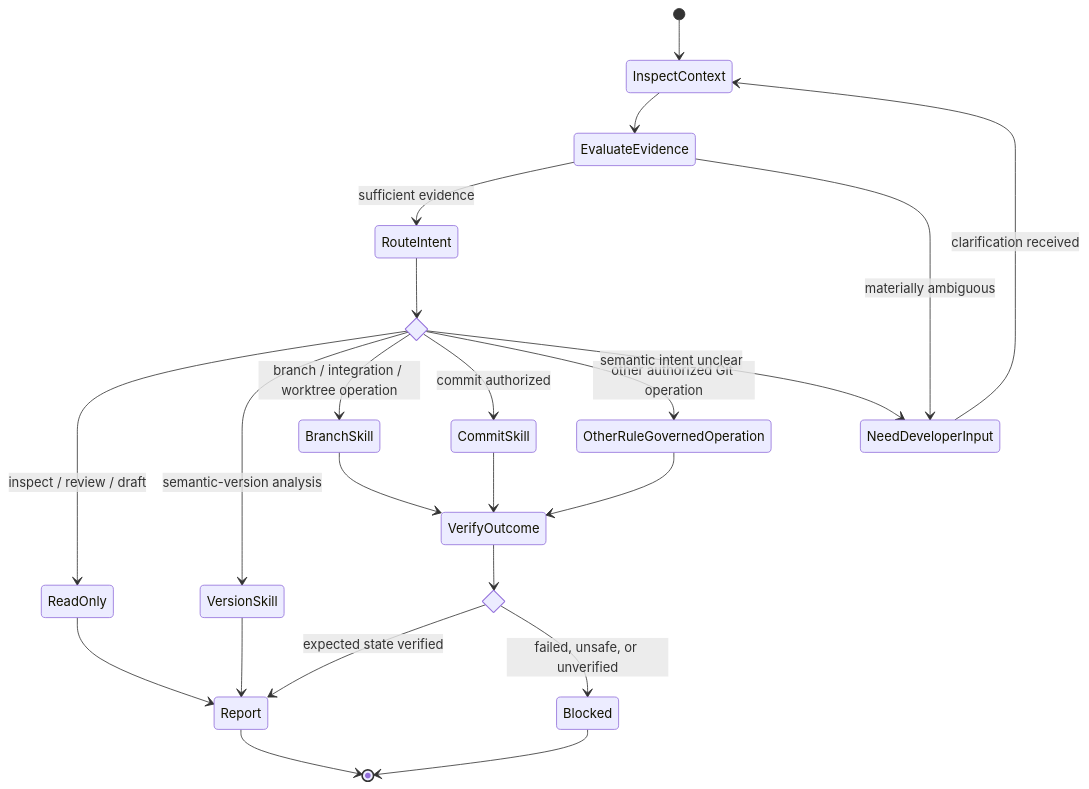
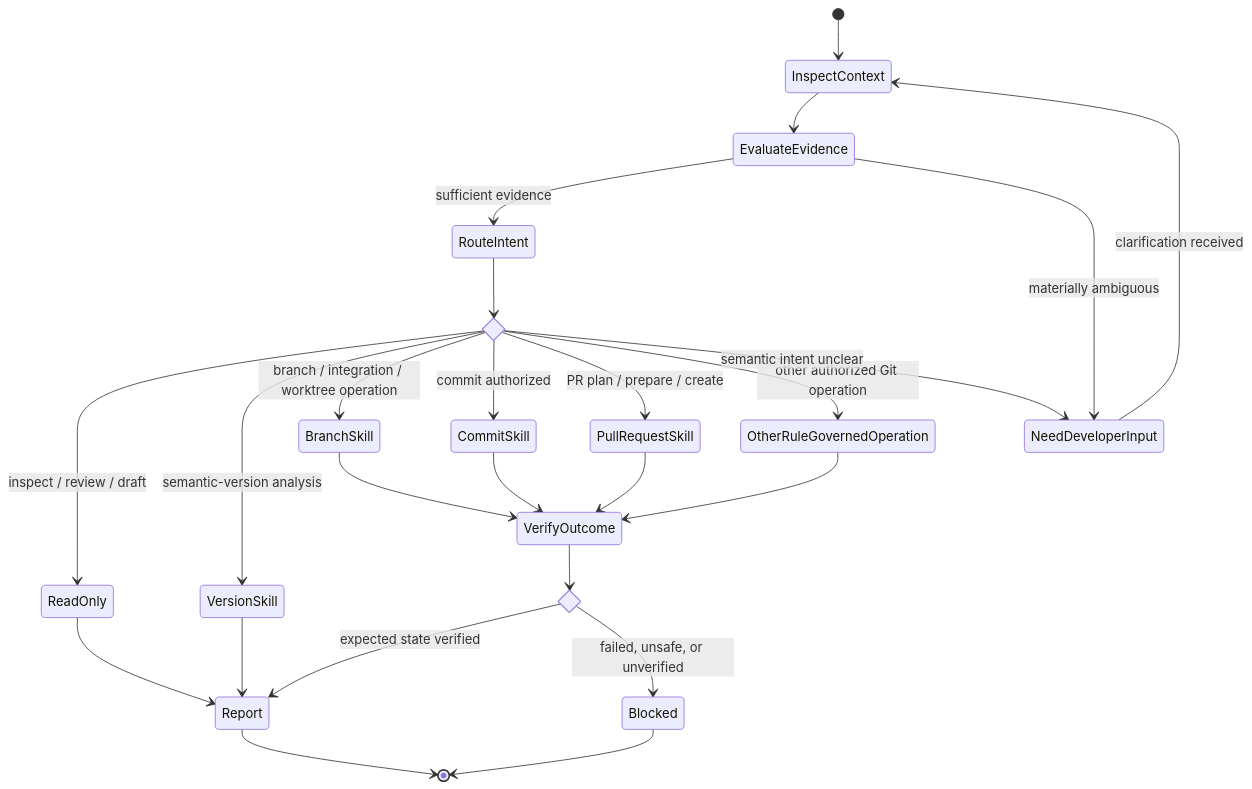
The diagram in contexts/git/agents/git-engineer.md (JadsonLucena/agent-toolkit), drawn with Mermaid before and after one commit. The commit also changed other lines of this file, not shown here.

Commit message:
feat(git): route pull request workflows through git engineer

````diff
--- a/contexts/git/agents/git-engineer.md
+++ b/contexts/git/agents/git-engineer.md
@@ -42,34 +46,36 @@
 ```mermaid
 stateDiagram-v2
     [*] --> InspectContext
     InspectContext --> EvaluateEvidence
 
     state EvaluateEvidence <<choice>>
     EvaluateEvidence --> RouteIntent: sufficient evidence
     EvaluateEvidence --> NeedDeveloperInput: materially ambiguous
 
     NeedDeveloperInput --> InspectContext: clarification received
 
     state Route <<choice>>
     RouteIntent --> Route
     Route --> ReadOnly: inspect / review / draft
     Route --> VersionSkill: semantic-version analysis
     Route --> BranchSkill: branch / integration / worktree operation
     Route --> CommitSkill: commit authorized
+    Route --> PullRequestSkill: PR plan / prepare / create
     Route --> OtherRuleGovernedOperation: other authorized Git operation
     Route --> NeedDeveloperInput: semantic intent unclear
 
     ReadOnly --> Report
     VersionSkill --> Report
     BranchSkill --> VerifyOutcome
     CommitSkill --> VerifyOutcome
+    PullRequestSkill --> VerifyOutcome
     OtherRuleGovernedOperation --> VerifyOutcome
 
     state Outcome <<choice>>
     VerifyOutcome --> Outcome
     Outcome --> Report: expected state verified
     Outcome --> Blocked: failed, unsafe, or unverified
 
     Report --> [*]
     Blocked --> [*]
 ```
````
